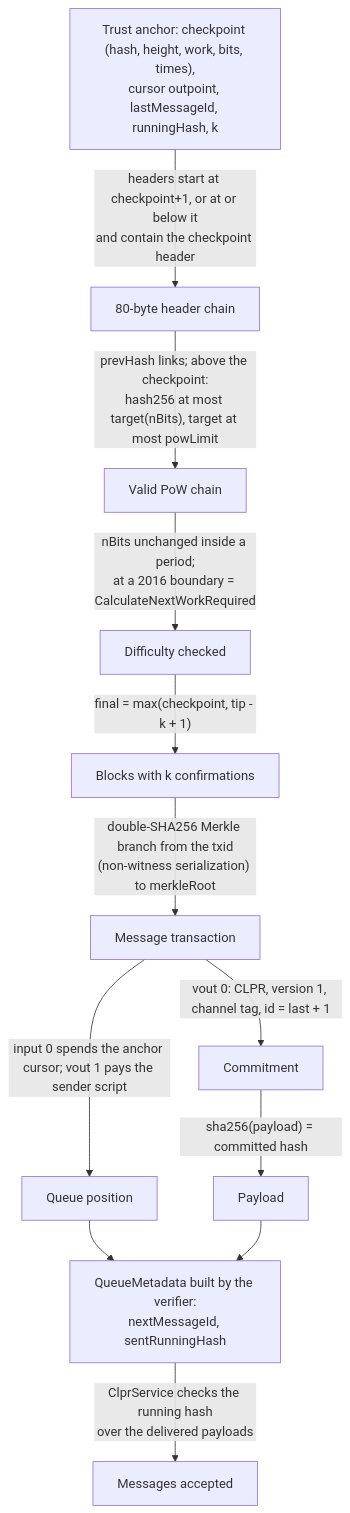
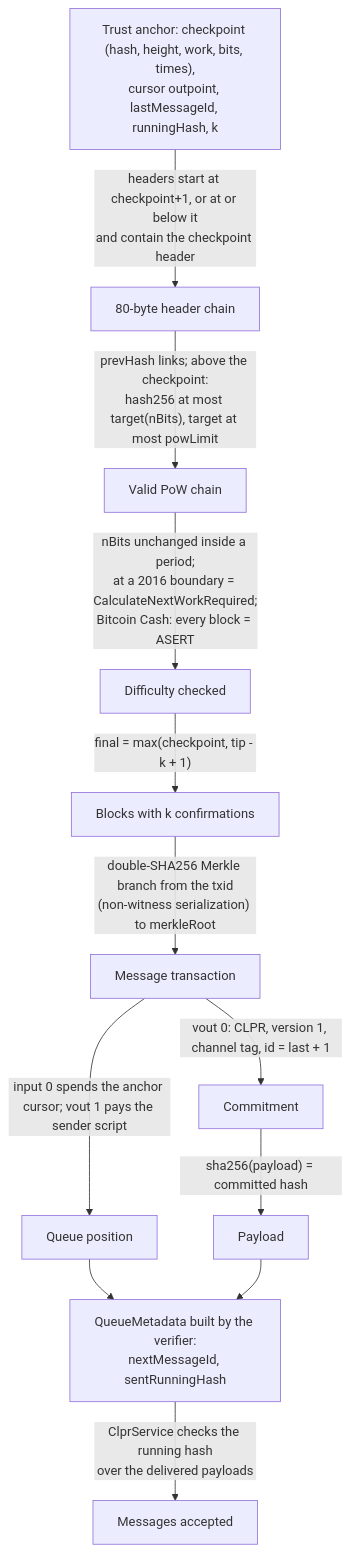
The first of 2 diagrams in src/verifiers/bitcoin/README.md (shayansal/clpr-smart-contracts), drawn with Mermaid before and after one commit. The commit also changed other lines of this file and 2 other files, not shown here.

First line of the commit message:
docs(bitcoin): Bitcoin Cash chain page and family README rows

````diff
--- a/src/verifiers/bitcoin/README.md
+++ b/src/verifiers/bitcoin/README.md
@@ -25,14 +25,14 @@
 ```mermaid
 flowchart TD
     A["Trust anchor: checkpoint (hash, height, work, bits, times),<br/>cursor outpoint, lastMessageId, runningHash, k"] -->|"headers start at checkpoint+1, or at or below it<br/>and contain the checkpoint header"| B["80-byte header chain"]
     B -->|"prevHash links; above the checkpoint:<br/>hash256 at most target(nBits), target at most powLimit"| C["Valid PoW chain"]
-    C -->|"nBits unchanged inside a period;<br/>at a 2016 boundary = CalculateNextWorkRequired"| D["Difficulty checked"]
+    C -->|"nBits unchanged inside a period;<br/>at a 2016 boundary = CalculateNextWorkRequired;<br/>Bitcoin Cash: every block = ASERT"| D["Difficulty checked"]
     D -->|"final = max(checkpoint, tip - k + 1)"| E["Blocks with k confirmations"]
     E -->|"double-SHA256 Merkle branch from the txid<br/>(non-witness serialization) to merkleRoot"| F["Message transaction"]
     F -->|"input 0 spends the anchor cursor; vout 1 pays the sender script"| G["Queue position"]
     F -->|"vout 0: CLPR, version 1, channel tag, id = last + 1"| H["Commitment"]
     H -->|"sha256(payload) = committed hash"| I["Payload"]
     G --> J["QueueMetadata built by the verifier:<br/>nextMessageId, sentRunningHash"]
     I --> J
     J -->|"ClprService checks the running hash<br/>over the delivered payloads"| K["Messages accepted"]
 ```
````
